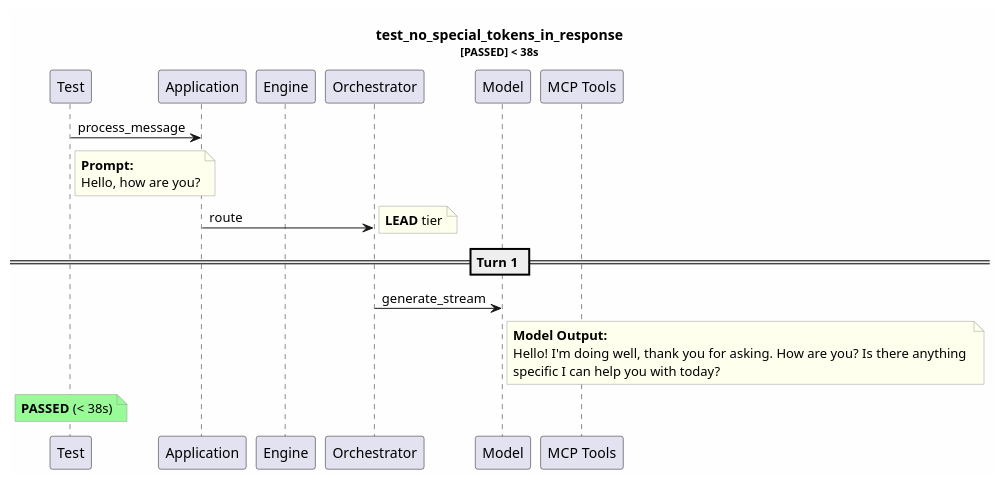
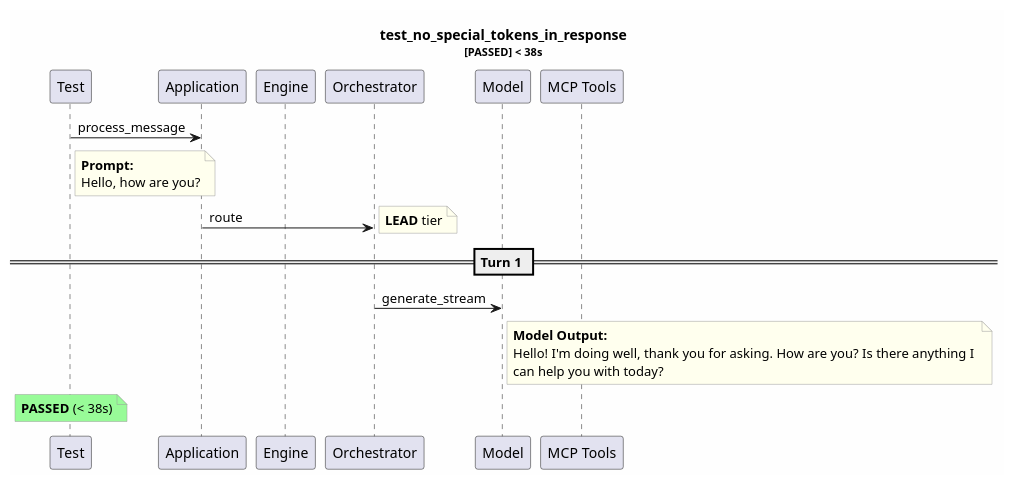
One commit to tvanfossen/entropic changed the diagram in test-reports/logs/test_no_special_tokens_in_response/test_no_special_tokens_in_response.puml. Above: the diagram before and after it, drawn with PlantUML. The commit also changed 16 other files, not shown here.

```diff
--- a/test-reports/logs/test_no_special_tokens_in_response/test_no_special_tokens_in_response.puml
+++ b/test-reports/logs/test_no_special_tokens_in_response/test_no_special_tokens_in_response.puml
@@ -1,32 +1,32 @@
 @startuml
 skinparam backgroundColor #FEFEFE
 skinparam noteBorderColor #999999
 skinparam noteBackgroundColor #FFFFEE
 title test_no_special_tokens_in_response\n<size:11>[PASSED] < 38s</size>
 
 participant "Test" as T
 participant "Application" as App
 participant "Engine" as Eng
 participant "Orchestrator" as Orch
 participant "Model" as Mdl
 participant "MCP Tools" as MCP
 
 T -> App: process_message
 note right of T
   **Prompt:**
   Hello, how are you?
 end note
 App -> Orch: route
 note right: **LEAD** tier
 == Turn 1 ==
 Orch -> Mdl: generate_stream
 note right of Mdl
   **Model Output:**
-  Hello! I'm doing well, thank you for asking. How are you? Is there anything 
-  specific I can help you with today?
+  Hello! I'm doing well, thank you for asking. How are you? Is there anything I 
+  can help you with today?
 end note
 note over T #palegreen
   **PASSED** (< 38s)
 end note
 
 @enduml
```
